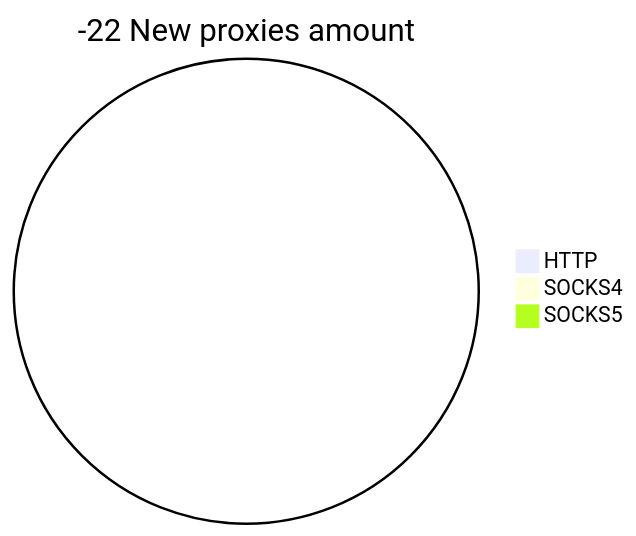
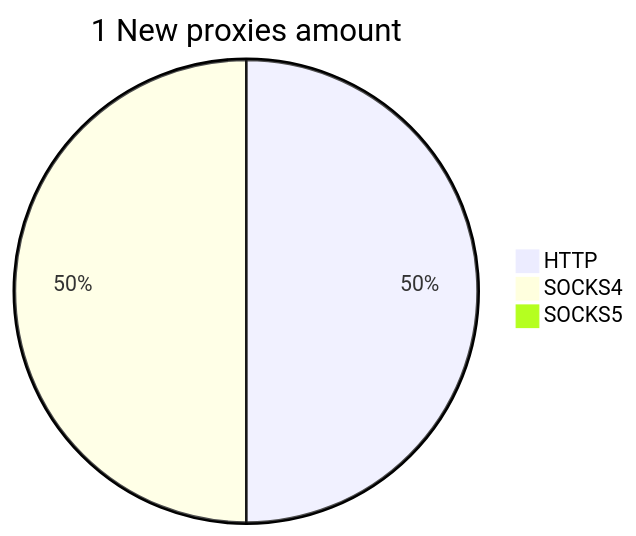
Before and after one commit to cutipu/proxylist: the second of 2 diagrams in README.md, drawn with Mermaid. The commit also changed other lines of this file, not shown here.

````diff
--- a/README.md
+++ b/README.md
@@ -10,6 +10,6 @@
 ```mermaid
-pie title -22 New proxies amount
-    "HTTP" : 0
-    "SOCKS4" : 0
+pie title 1 New proxies amount
+    "HTTP" : 1
+    "SOCKS4" : 1
     "SOCKS5" : 0
 ```
````
